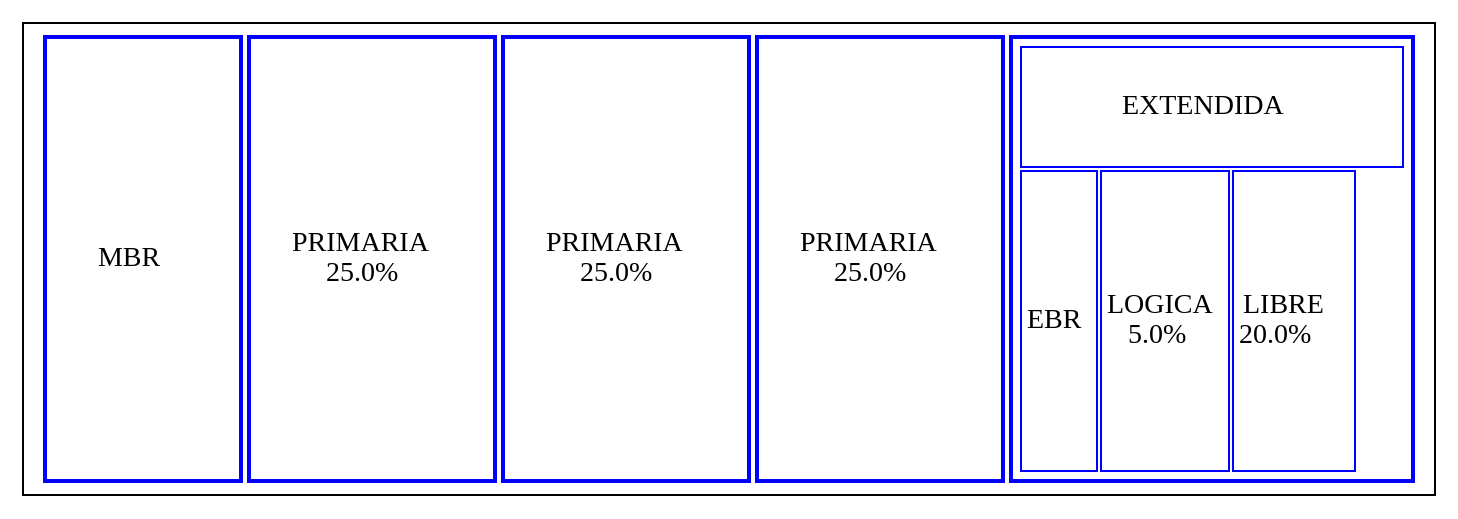
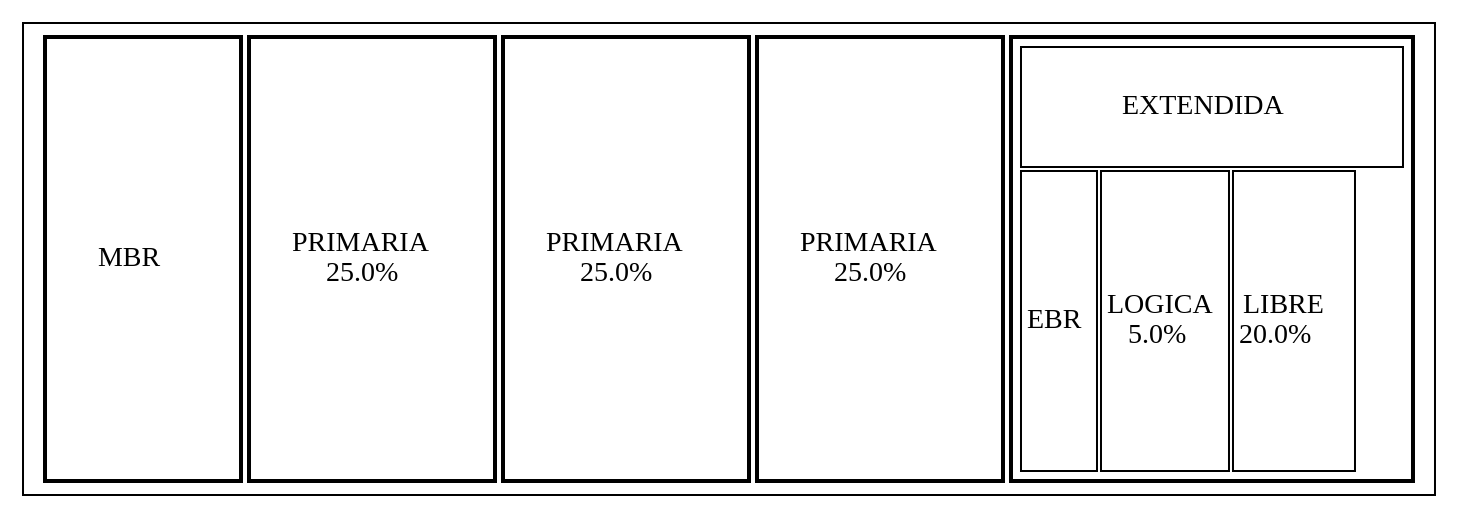
One commit to HenryPeralta/Archivos_1S2022 changed the diagram in Proyecto1/build-Proyecto1-Desktop_Qt_6_1_2_GCC_64bit-Debug/grafica.dot. Above: the diagram before and after it, drawn with Graphviz. The commit also changed 34 other files, not shown here.

```diff
--- a/Proyecto1/build-Proyecto1-Desktop_Qt_6_1_2_GCC_64bit-Debug/grafica.dot
+++ b/Proyecto1/build-Proyecto1-Desktop_Qt_6_1_2_GCC_64bit-Debug/grafica.dot
@@ -1,26 +1,26 @@
 digraph G{
 
 tbl [
     shape=box
     label=<
-<table border='0' cellborder='2' width='600' height="200" color='blue'>
+<table border='0' cellborder='2' width='600' height="200" color='black'>
 <tr>
 <td height='200' width='100'> MBR </td>
 <td height='200' width='125.0'>PRIMARIA <br/>25.0%</td>
 <td height='200' width='125.0'>PRIMARIA <br/>25.0%</td>
 <td height='200' width='125.0'>PRIMARIA <br/>25.0%</td>
 <td  height='200' width='25.0'>
-     <table border='0'  height='200' WIDTH='25.0' cellborder='1'>
+ <table border='0' height='200' WIDTH='25.0' cellborder='1'>
 <tr><td height='60' colspan='15'>EXTENDIDA</td>  </tr>
  <tr>
 <td height='140'>EBR</td>
 <td height='140'>LOGICA<br/>5.0%</td>
 <td height='150'>LIBRE <br/> 20.0% </td>
 </tr>
  </table>
  </td>
 </tr> 
  </table> 
 >];
 
 }
```
